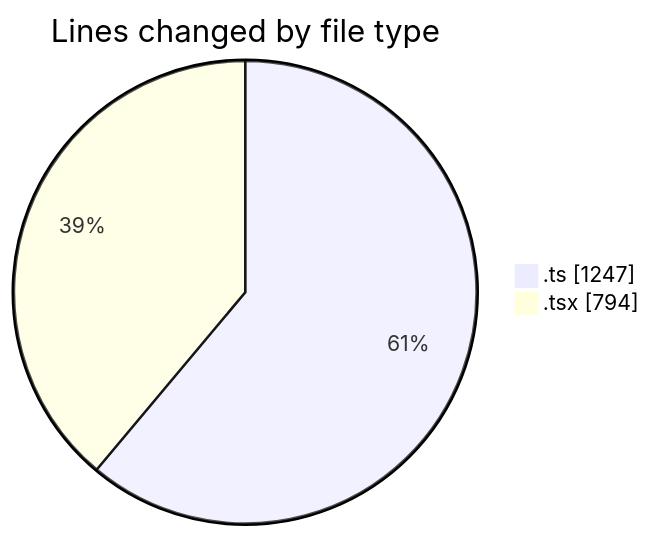
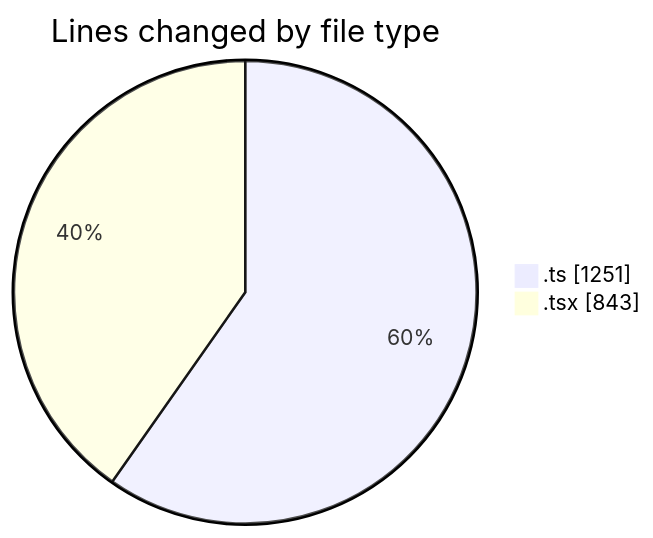
Before and after one commit to JenPaints/code-tracking: the first of 2 diagrams in 2025-06-22/archive/README.md, drawn with Mermaid. The commit also changed other lines of this file and 1 other file, not shown here.

````diff
--- a/2025-06-22/archive/README.md
+++ b/2025-06-22/archive/README.md
@@ -24,6 +24,6 @@
 ```mermaid
 pie showData
 title Lines changed by file type
-".ts" : 1247
-".tsx" : 794
+".ts" : 1251
+".tsx" : 843
 ```
````
